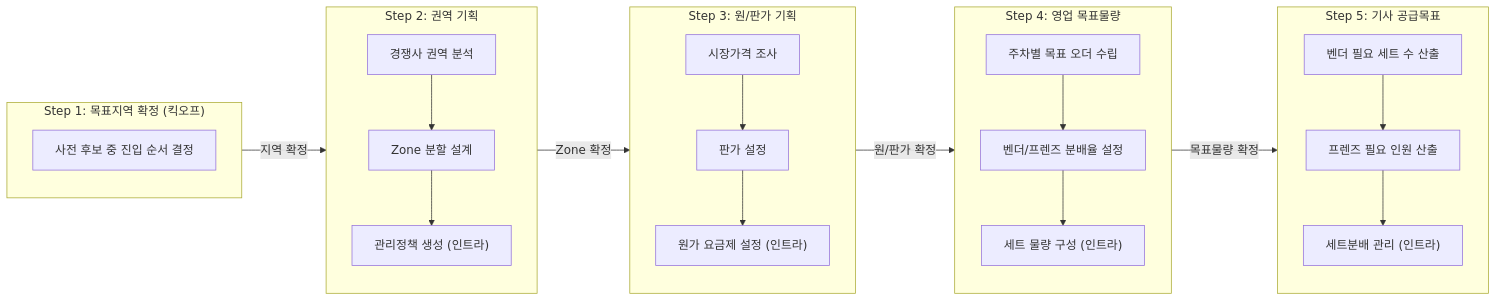
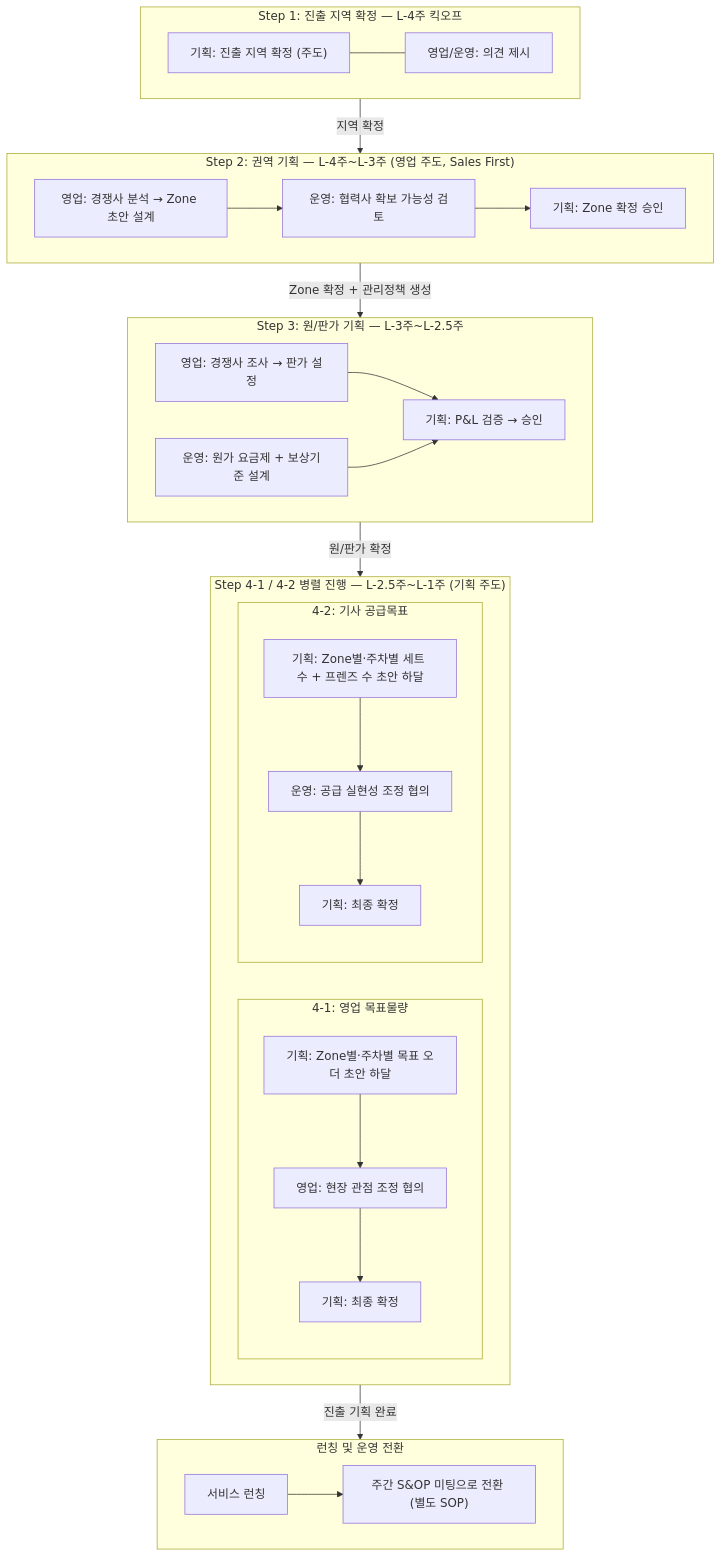
Before and after one commit to Jae-Hyoung-an/ai-staff: the first of 2 diagrams in projects/260324_신사업_운영_sop/신사업_운영_sop.md, drawn with Mermaid. The commit also changed other lines of this file, not shown here.

First line of the commit message:
update: SOP v0.5 - Sales First, 4-1/4-2 parallel, launch-based, S&OP separation, detailed flowchart

````diff
--- a/projects/260324_신사업_운영_sop/신사업_운영_sop.md
+++ b/projects/260324_신사업_운영_sop/신사업_운영_sop.md
@@ -48,43 +49,57 @@
 ```mermaid
-flowchart LR
-    subgraph Step1["Step 1: 목표지역 확정 (킥오프)"]
-        S1A["사전 후보 중 진입 순서 결정"]
+flowchart TB
+    subgraph Step1["Step 1: 진출 지역 확정 — L-4주 킥오프"]
+        direction LR
+        S1A["기획: 진출 지역 확정 (주도)"]
+        S1B["영업/운영: 의견 제시"]
+        S1A --- S1B
     end
 
-    subgraph Step2[Step 2: 권역 기획]
-        direction TB
-        S2A[경쟁사 권역 분석]
-        S2B[Zone 분할 설계]
-        S2C["관리정책 생성 (인트라)"]
+    subgraph Step2["Step 2: 권역 기획 — L-4주~L-3주 (영업 주도, Sales First)"]
+        direction LR
+        S2A["영업: 경쟁사 분석 → Zone 초안 설계"]
+        S2B["운영: 협력사 확보 가능성 검토"]
+        S2C["기획: Zone 확정 승인"]
         S2A --> S2B --> S2C
     end
 
-    subgraph Step3[Step 3: 원/판가 기획]
-        direction TB
-        S3A[시장가격 조사]
-        S3B[판가 설정]
-        S3C["원가 요금제 설정 (인트라)"]
-        S3A --> S3B --> S3C
+    subgraph Step3["Step 3: 원/판가 기획 — L-3주~L-2.5주"]
+        direction LR
+        S3A["영업: 경쟁사 조사 → 판가 설정"]
+        S3B["운영: 원가 요금제 + 보상기준 설계"]
+        S3C["기획: P&L 검증 → 승인"]
+        S3A --> S3C
+        S3B --> S3C
     end
 
-    subgraph Step4[Step 4: 영업 목표물량]
-        direction TB
-        S4A[주차별 목표 오더 수립]
-        S4B[벤더/프렌즈 분배율 설정]
-        S4C["세트 물량 구성 (인트라)"]
-        S4A --> S4B --> S4C
+    subgraph parallel["Step 4-1 / 4-2 병렬 진행 — L-2.5주~L-1주 (기획 주도)"]
+        direction LR
+        subgraph Step4a["4-1: 영업 목표물량"]
+            direction TB
+            S4A["기획: Zone별·주차별 목표 오더 초안 하달"]
+            S4B["영업: 현장 관점 조정 협의"]
+            S4C["기획: 최종 확정"]
+            S4A --> S4B --> S4C
+        end
+
+        subgraph Step4b["4-2: 기사 공급목표"]
+            direction TB
+            S5A["기획: Zone별·주차별 세트 수 + 프렌즈 수 초안 하달"]
+            S5B["운영: 공급 실현성 조정 협의"]
+            S5C["기획: 최종 확정"]
+            S5A --> S5B --> S5C
+        end
     end
 
-    subgraph Step5[Step 5: 기사 공급목표]
-        direction TB
-        S5A[벤더 필요 세트 수 산출]
-        S5B[프렌즈 필요 인원 산출]
-        S5C["세트분배 관리 (인트라)"]
-        S5A --> S5B --> S5C
+    subgraph launch["런칭 및 운영 전환"]
+        direction LR
+        L1["서비스 런칭"]
+        L2["주간 S&OP 미팅으로 전환 (별도 SOP)"]
+        L1 --> L2
     end
 
     Step1 -->|"지역 확정"| Step2
-    Step2 -->|"Zone 확정"| Step3
-    Step3 -->|"원/판가 확정"| Step4
-    Step4 -->|"목표물량 확정"| Step5
+    Step2 -->|"Zone 확정 + 관리정책 생성"| Step3
+    Step3 -->|"원/판가 확정"| parallel
+    parallel -->|"진출 기획 완료"| launch
 ```
````
